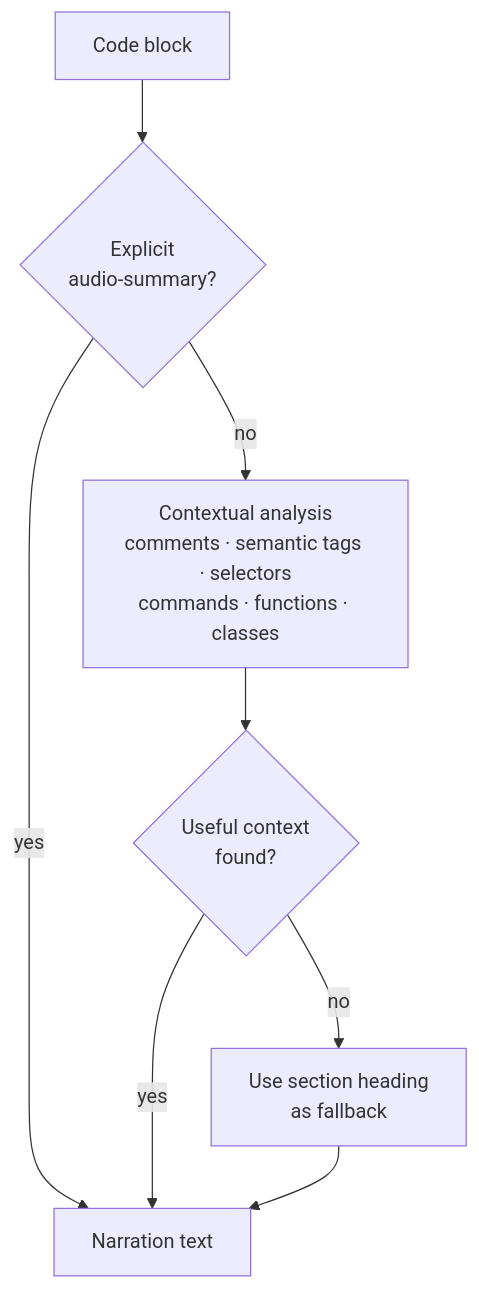
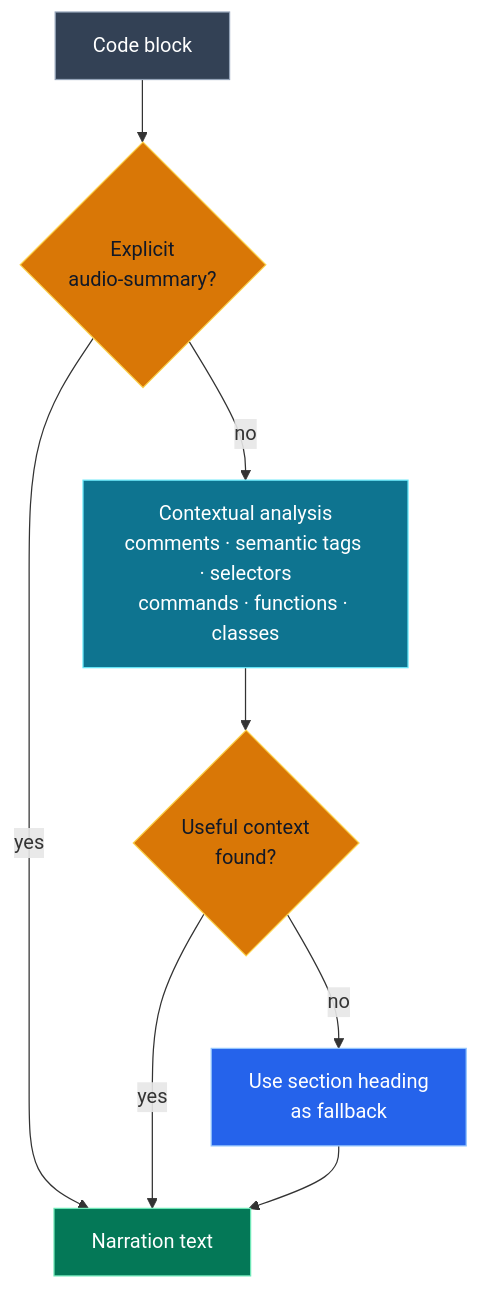
The second of 7 diagrams in src/content/blog/blog-audio-player.md (g-savitha/gsavitha.in), drawn with Mermaid before and after one commit. The commit also changed other lines of this file and 6 other files, not shown here.

Commit message:
Mermaid: restore the original hand-picked palette (AA nudges, rose instead of bright red)

````diff
--- a/src/content/blog/blog-audio-player.md
+++ b/src/content/blog/blog-audio-player.md
@@ -152,10 +159,16 @@
 ```mermaid
 flowchart TD
     CB["Code block"]:::content --> EXPLICIT{"Explicit\naudio-summary?"}:::warning
     EXPLICIT -->|"yes"| OUT["Narration text"]:::success
     EXPLICIT -->|"no"| ANALYZE["Contextual analysis\ncomments · semantic tags · selectors\ncommands · functions · classes"]:::info
     ANALYZE --> FOUND{"Useful context\nfound?"}:::warning
     FOUND -->|"yes"| OUT
     FOUND -->|"no"| FALLBACK["Use section heading\nas fallback"]:::primary
     FALLBACK --> OUT
+
+    classDef primary fill:#2563eb,stroke:#93c5fd,color:#ffffff
+    classDef info fill:#0e7490,stroke:#67e8f9,color:#ffffff
+    classDef success fill:#047857,stroke:#6ee7b7,color:#ffffff
+    classDef warning fill:#d97706,stroke:#fcd34d,color:#111827
+    classDef content fill:#334155,stroke:#94a3b8,color:#ffffff
 ```
````
